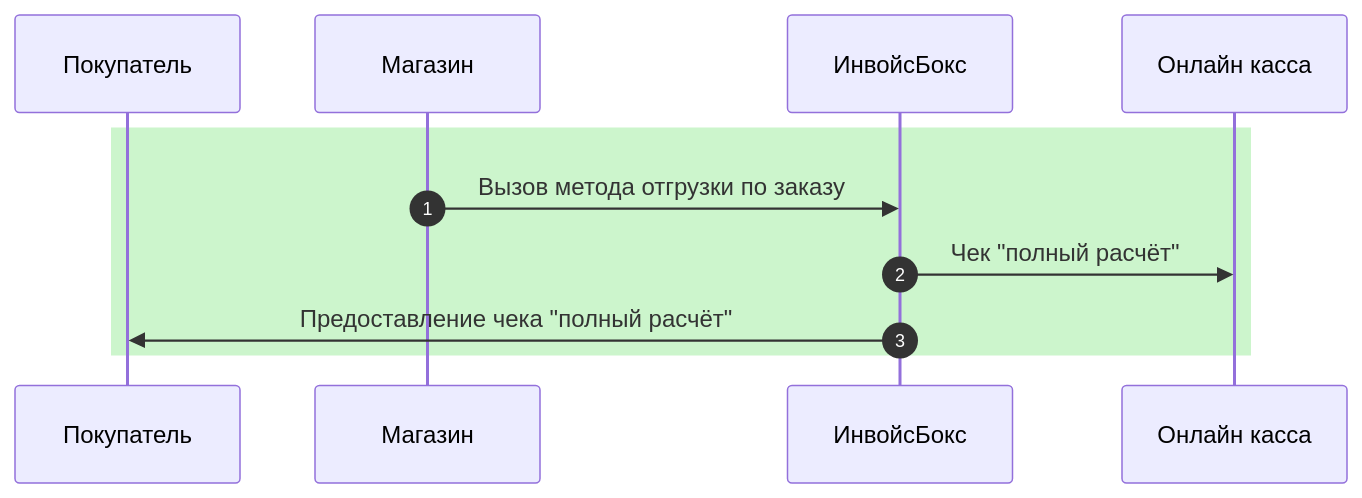
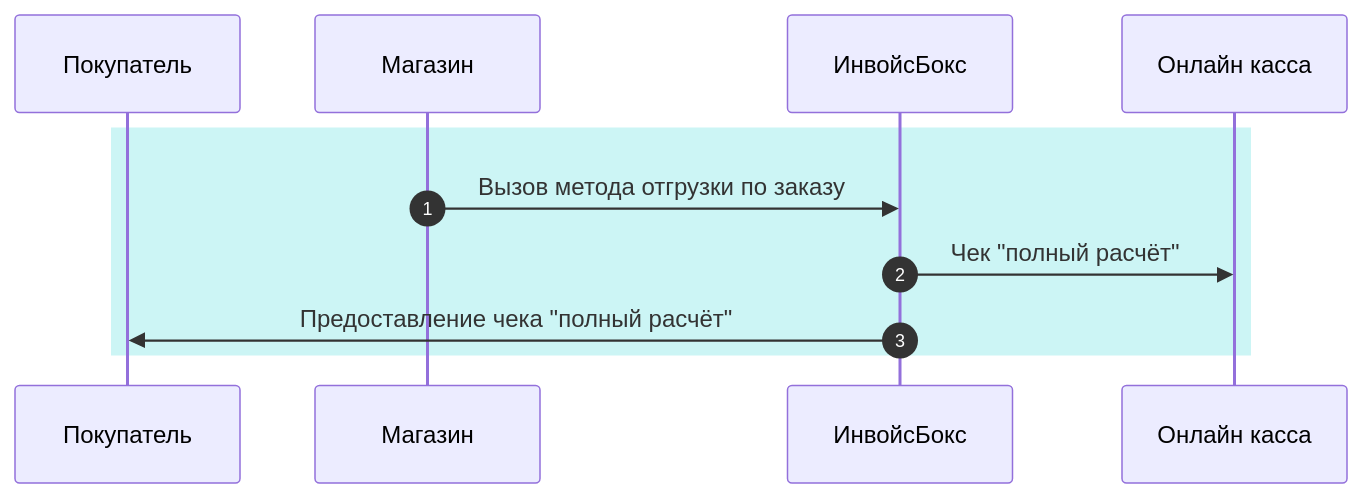
The second of 6 diagrams in docs/schema.md (YIGRIKY/invoicebox-docs), drawn with Mermaid before and after one commit. The commit also changed other lines of this file, not shown here.

Commit message:
Colors update

```diff
--- a/docs/schema.md
+++ b/docs/schema.md
@@ -47,13 +47,13 @@
 <div class="mermaid">
 sequenceDiagram
     autonumber
     participant Покупатель
     participant Магазин
     participant ИнвойсБокс 
     participant Онлайн касса
-    rect rgb(204, 245, 204)
+    rect rgb(204, 245, 245)
       Магазин->>ИнвойсБокс: Вызов метода отгрузки по заказу
       ИнвойсБокс->>Онлайн касса: Чек "полный расчёт"
       ИнвойсБокс->>Покупатель: Предоставление чека "полный расчёт"
     end
 </div>
```
